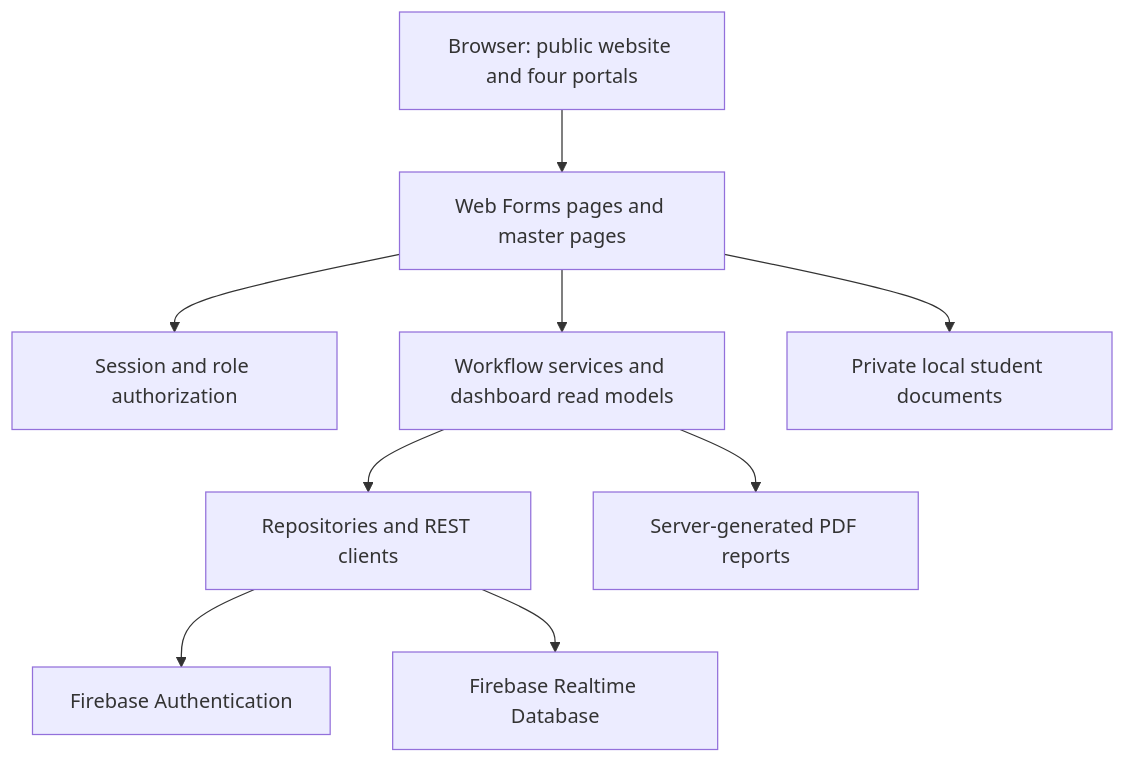
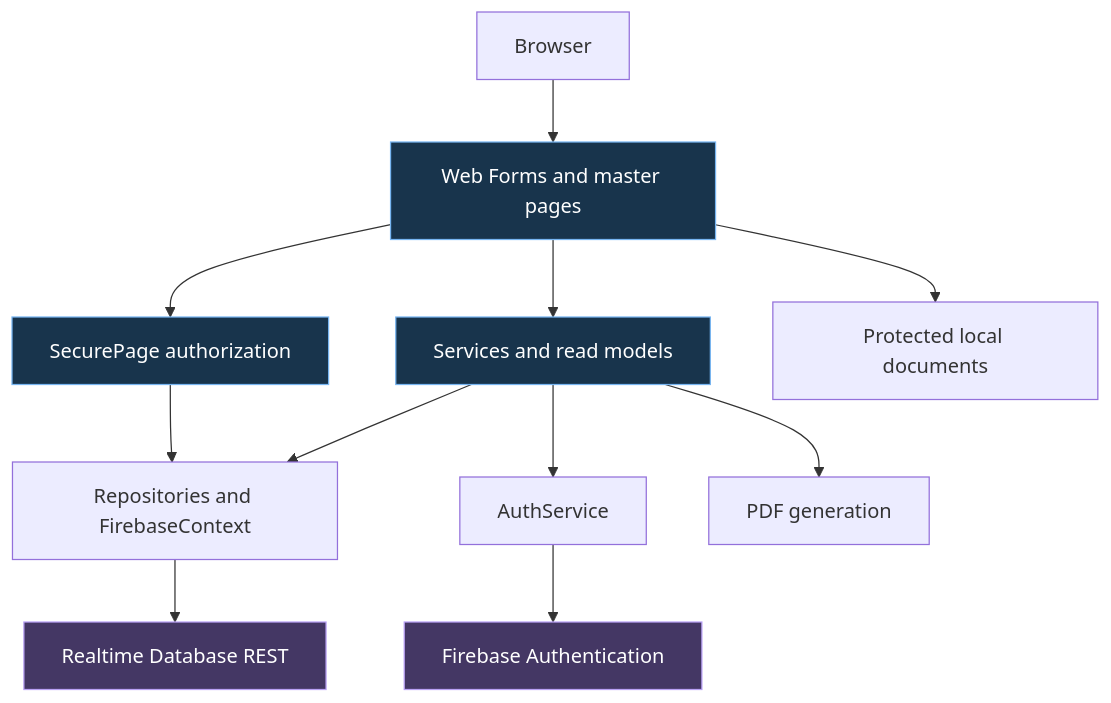
One commit to internship-system-group4/internship-management-system changed the fifth of 5 diagrams in README.md. Above: the diagram before and after it, drawn with Mermaid. The commit also changed other lines of this file and 3 other files, not shown here.

````diff
--- a/README.md
+++ b/README.md
@@ -205,11 +135,17 @@
 ```mermaid
 flowchart TD
-    Browser[Browser: public website and four portals] --> Web[Web Forms pages and master pages]
-    Web --> Access[Session and role authorization]
-    Web --> Services[Workflow services and dashboard read models]
-    Services --> Data[Repositories and REST clients]
-    Data --> Auth[Firebase Authentication]
-    Data --> Database[Firebase Realtime Database]
-    Web --> Files[Private local student documents]
-    Services --> Reports[Server-generated PDF reports]
+    B[Browser] --> W[Web Forms and master pages]
+    W --> S[SecurePage authorization]
+    W --> V[Services and read models]
+    V --> A[AuthService]
+    A --> F[Firebase Authentication]
+    S --> D[Repositories and FirebaseContext]
+    V --> D
+    D --> R[Realtime Database REST]
+    W --> L[Protected local documents]
+    V --> P[PDF generation]
+    classDef navy fill:#18344C,color:#FFFFFF,stroke:#77B5F1
+    classDef purple fill:#443764,color:#FFFFFF,stroke:#B9A1F5
+    class W,S,V navy
+    class F,R purple
 ```
````
